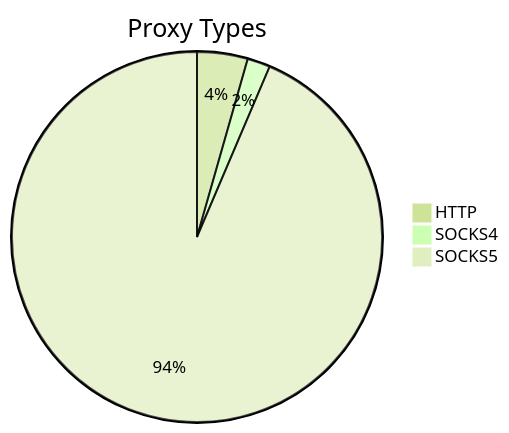
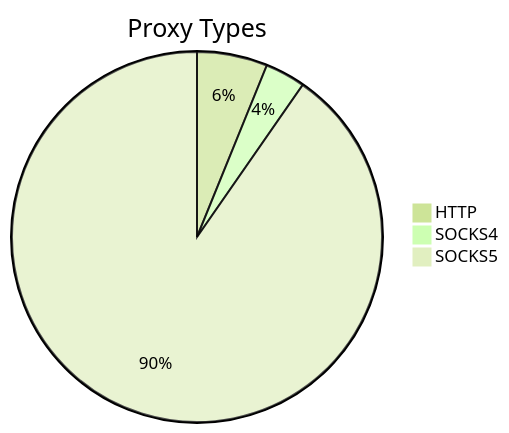
The first of 2 diagrams in README.md (stormsia/proxy-list), drawn with Mermaid (forest theme) before and after one commit. The commit also changed other lines of this file, not shown here.

````diff
--- a/README.md
+++ b/README.md
@@ -21,6 +21,6 @@
 ```mermaid
 pie title Proxy Types
-    "HTTP" : 82
-    "SOCKS4" : 37
-    "SOCKS5" : 1737
+    "HTTP" : 215
+    "SOCKS4" : 123
+    "SOCKS5" : 3159
 ```
````
